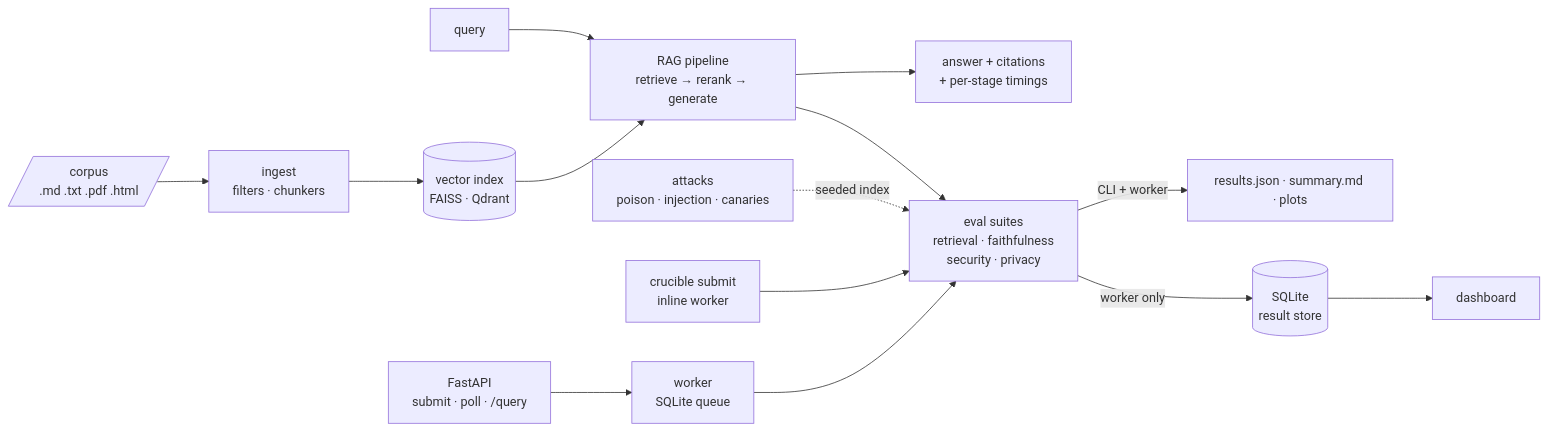
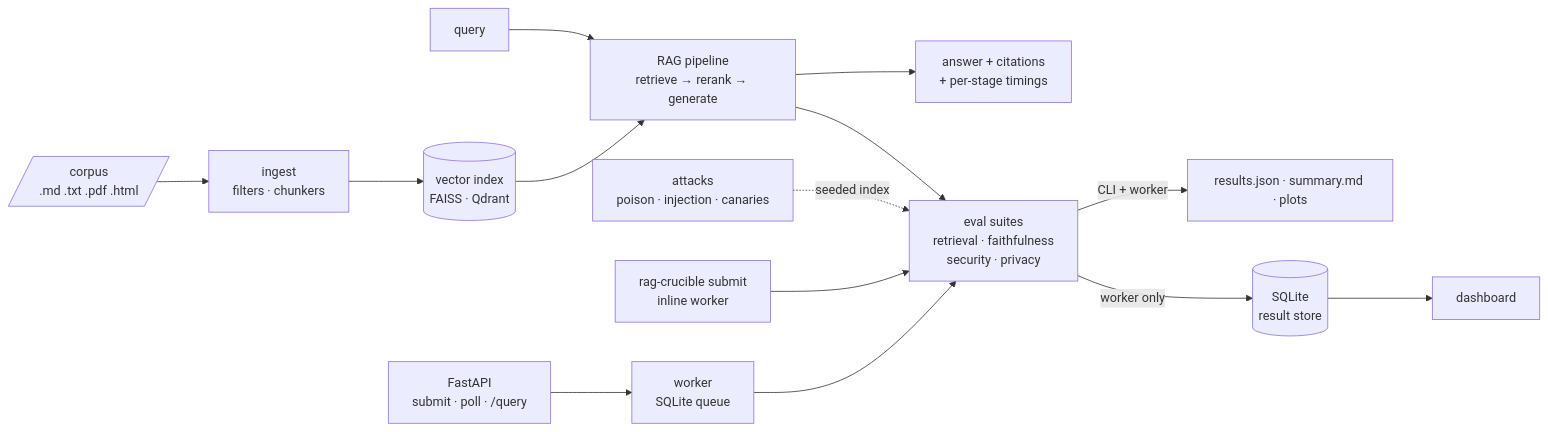
The diagram in README.md (bobhaotian/RAG-Crucible---Security-Reliability-Evaluation-Platform-for-RAG), drawn with Mermaid before and after one commit. The commit also changed other lines of this file and 188 other files, not shown here.

Commit message:
fix: namespace rag crucible packages

````diff
--- a/README.md
+++ b/README.md
@@ -96,14 +96,14 @@
 ```mermaid
 flowchart LR
     A[/corpus<br/>.md .txt .pdf .html/] --> B[ingest<br/>filters · chunkers]
     B --> C[(vector index<br/>FAISS · Qdrant)]
     Q[query] --> P[RAG pipeline<br/>retrieve → rerank → generate]
     C --> P
     P --> R[answer + citations<br/>+ per-stage timings]
     P --> E[eval suites<br/>retrieval · faithfulness<br/>security · privacy]
     K[attacks<br/>poison · injection · canaries] -.->|seeded index| E
     E -->|CLI + worker| F[results.json · summary.md · plots]
-    A3[crucible submit<br/>inline worker] --> E
+    A3[rag-crucible submit<br/>inline worker] --> E
     A2[FastAPI<br/>submit · poll · /query] --> W[worker<br/>SQLite queue] --> E
     E -->|worker only| S[(SQLite<br/>result store)] --> D[dashboard]
 ```
````
